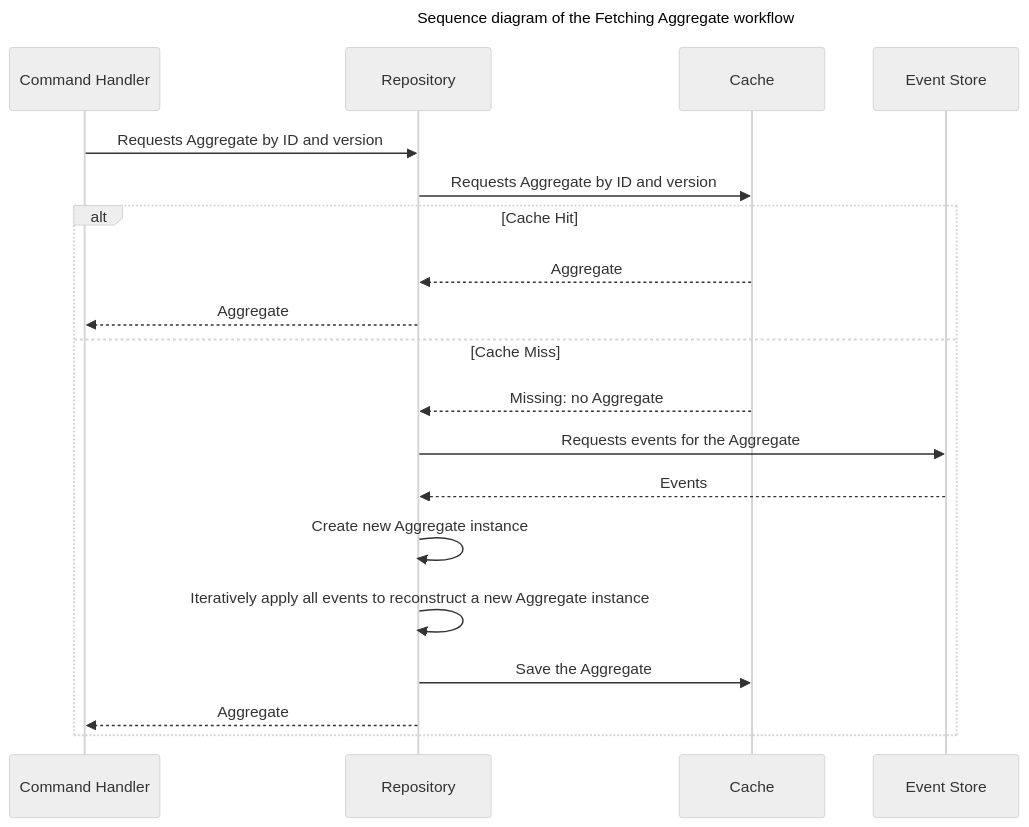
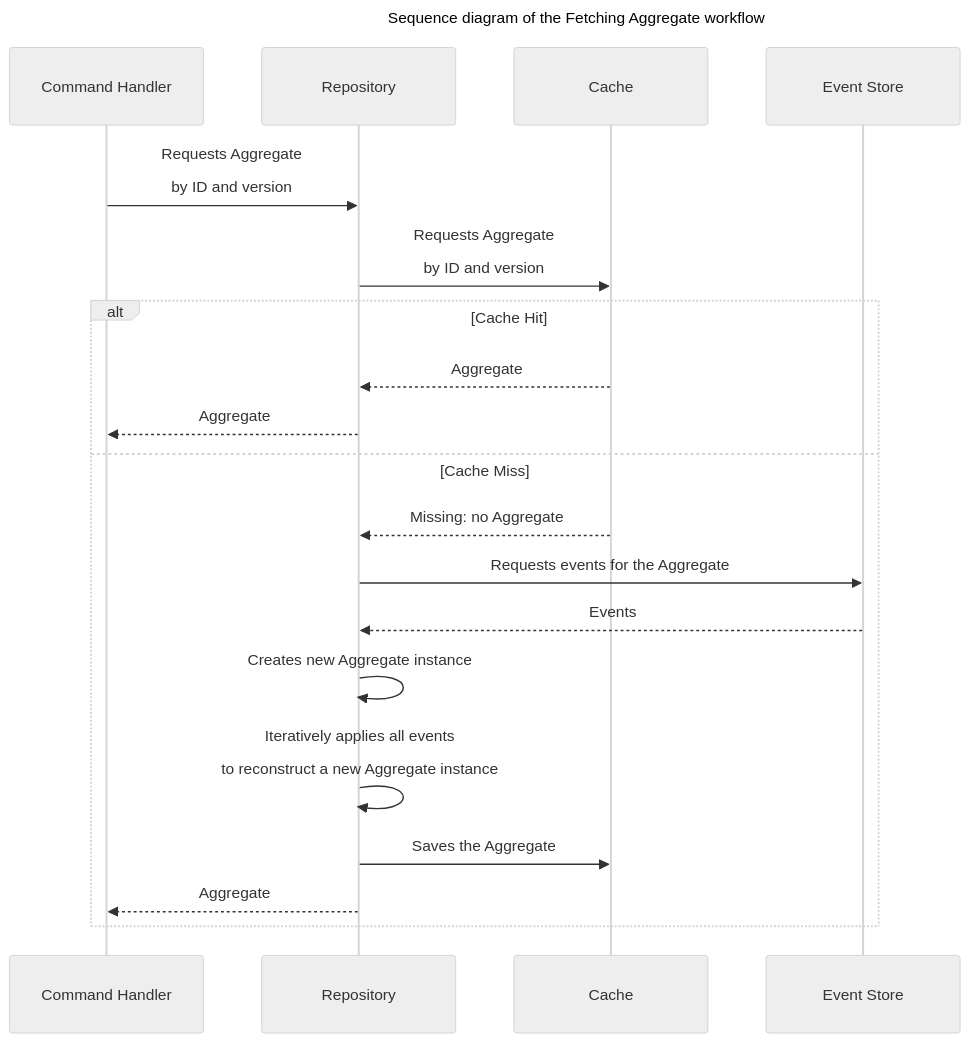
The first of 8 diagrams in docs/cqrs-modification.md (dmitryhruzin/CQRS-variations-test), drawn with Mermaid (neutral theme) before and after one commit. The commit also changed other lines of this file and 1 other file, not shown here.

Commit message:
docs: update to nevwer version

````diff
--- a/docs/cqrs-modification.md
+++ b/docs/cqrs-modification.md
@@ -1,26 +56,33 @@
 ```mermaid
 ---
 title: Sequence diagram of the Fetching Aggregate workflow
+config:
+  sequence:
+    width: 200
+    height: 80
+    actorMargin: 60
+    boxMargin: 15
+    messageMargin: 45
 ---
   sequenceDiagram 
     participant ch as Command Handler
     participant r as Repository
     participant c as Cache
     participant es as Event Store
 
-    ch->>r: Requests Aggregate by ID and version
-    r ->> c: Requests Aggregate by ID and version
+    ch->>r: Requests Aggregate<br><br>by ID and version
+    r ->> c: Requests Aggregate<br><br>by ID and version
     
     alt Cache Hit
       c -->> r: Aggregate
       r -->> ch: Aggregate
     else Cache Miss
       c -->> r: Missing: no Aggregate
       r->>es: Requests events for the Aggregate
       es-->>r: Events
-      r->>r: Create new Aggregate instance
-      r->>r: Iteratively apply all events to reconstruct a new Aggregate instance
-      r ->> c: Save the Aggregate
+      r->>r: Creates new Aggregate instance
+      r->>r: Iteratively applies all events<br><br>to reconstruct a new Aggregate instance
+      r ->> c: Saves the Aggregate
       r-->>ch: Aggregate
     end
 ```
````
